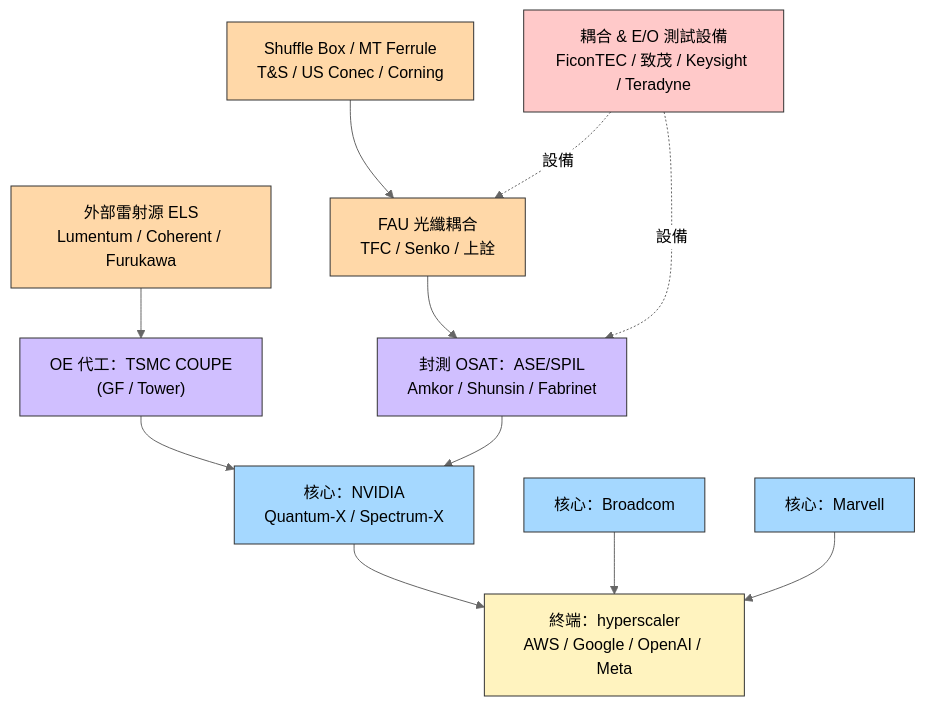
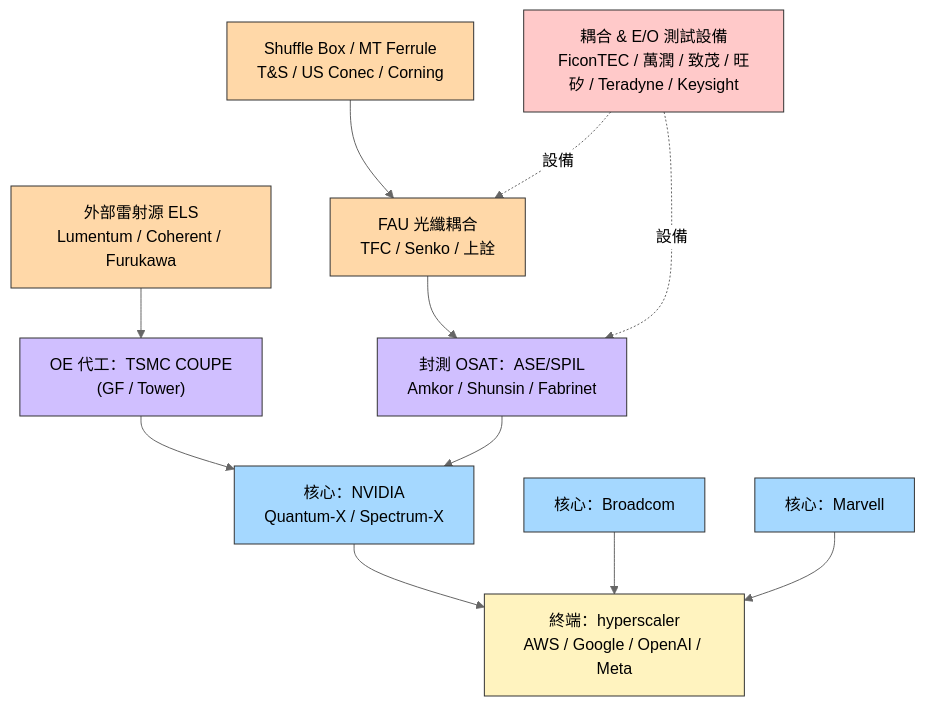
The diagram in content/lib/3.supply_chain/供應鏈_CPO.md (kevn950324/wiki_Stockv2), drawn with Mermaid (neutral theme) before and after one commit. The commit also changed other lines of this file and 45 other files, not shown here.

````diff
--- a/content/lib/3.supply_chain/供應鏈_CPO.md
+++ b/content/lib/3.supply_chain/供應鏈_CPO.md
@@ -20,35 +20,35 @@
 ```mermaid
 flowchart TD
     CSP["終端：hyperscaler<br/>AWS / Google / OpenAI / Meta"]
     NV["核心：NVIDIA<br/>Quantum-X / Spectrum-X"]
     AVGO["核心：Broadcom"]
     MRVL["核心：Marvell"]
     FAB["OE 代工：TSMC COUPE<br/>(GF / Tower)"]
     OSAT["封測 OSAT：ASE/SPIL<br/>Amkor / Shunsin / Fabrinet"]
     ELS["外部雷射源 ELS<br/>Lumentum / Coherent / Furukawa"]
     FAU["FAU 光纖耦合<br/>TFC / Senko / 上詮"]
     SHF["Shuffle Box / MT Ferrule<br/>T&S / US Conec / Corning"]
-    EQ["耦合 & E/O 測試設備<br/>FiconTEC / 致茂 / Keysight / Teradyne"]
+    EQ["耦合 & E/O 測試設備<br/>FiconTEC / 萬潤 / 致茂 / 旺矽 / Teradyne / Keysight"]
 
     NV --> CSP
     AVGO --> CSP
     MRVL --> CSP
     FAB --> NV
     OSAT --> NV
     ELS --> FAB
     FAU --> OSAT
     SHF --> FAU
     EQ -. 設備 .-> OSAT
     EQ -. 設備 .-> FAU
 
     classDef core fill:#a5d8ff,stroke:#333
     classDef proc fill:#d0bfff,stroke:#333
     classDef mat fill:#ffd8a8,stroke:#333
     classDef equip fill:#ffc9c9,stroke:#333
     classDef cust fill:#fff3bf,stroke:#333
     class NV,AVGO,MRVL core
     class FAB,OSAT proc
     class ELS,FAU,SHF mat
     class EQ equip
     class CSP cust
 ```
````
